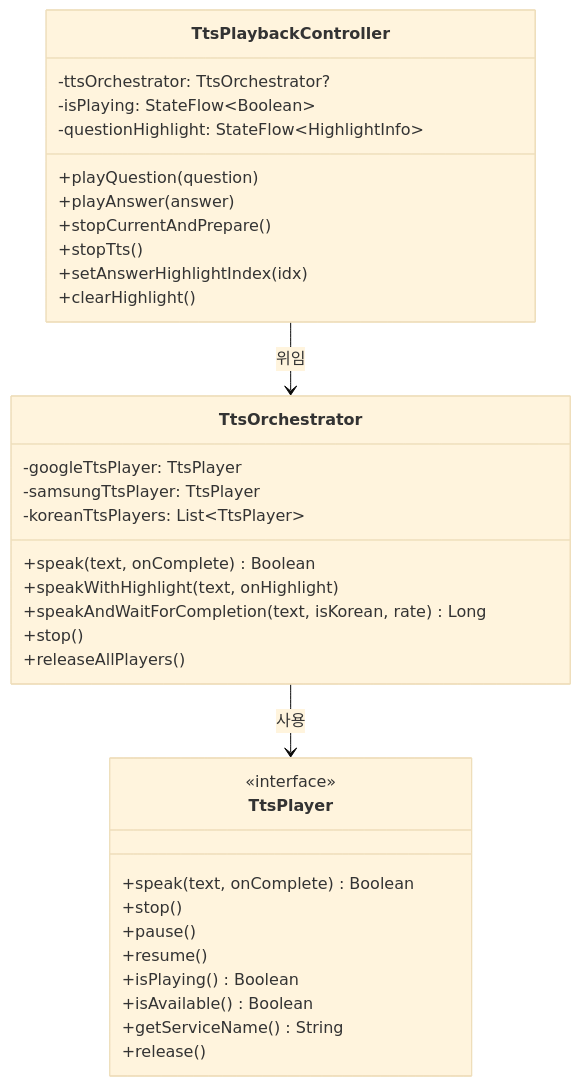
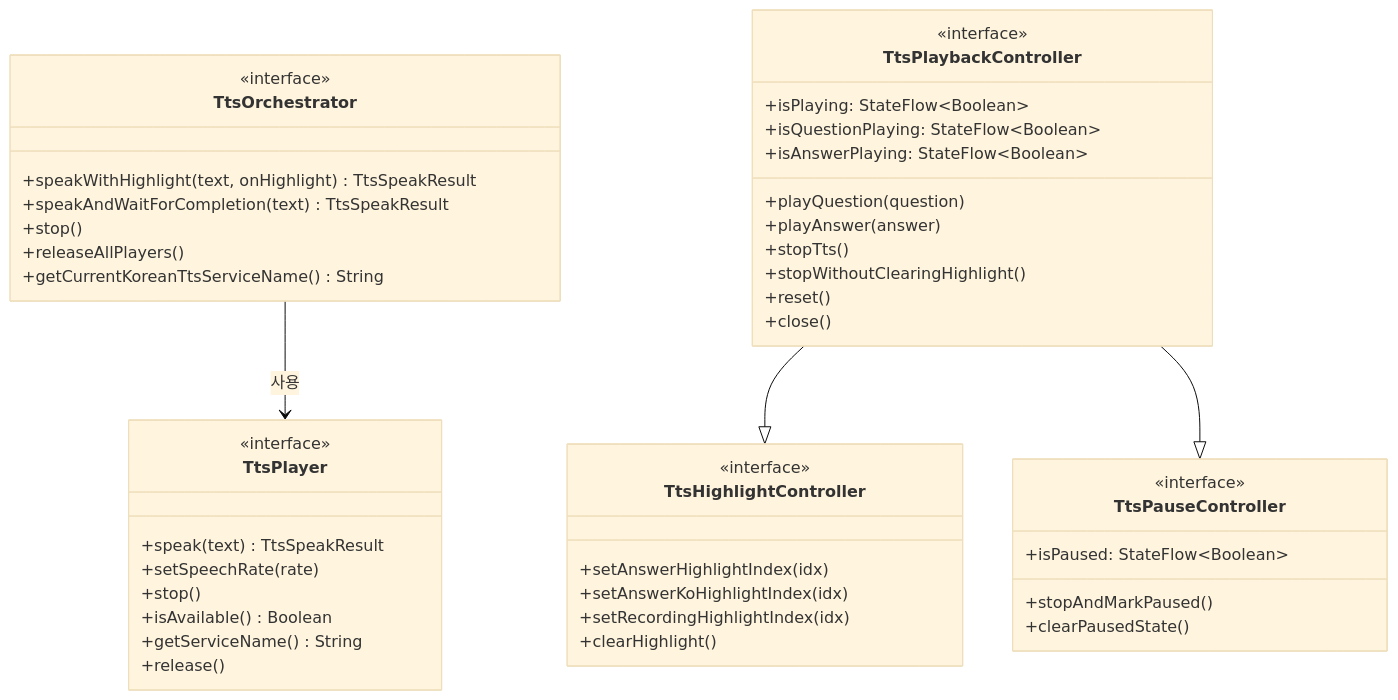
The first of 4 diagrams in .claude/architecture/ARCHITECTURE_DOMAIN.md (AlgoLovers/OPIcHelper), drawn with Mermaid (base theme) before and after one commit. The commit also changed other lines of this file and 9 other files, not shown here.

````diff
--- a/.claude/architecture/ARCHITECTURE_DOMAIN.md
+++ b/.claude/architecture/ARCHITECTURE_DOMAIN.md
@@ -51,40 +83,53 @@
 ```mermaid
 classDiagram
     class TtsPlayer {
         <<interface>>
-        +speak(text, onComplete) Boolean
+        +speak(text) TtsSpeakResult
+        +setSpeechRate(rate)
         +stop()
-        +pause()
-        +resume()
-        +isPlaying() Boolean
         +isAvailable() Boolean
         +getServiceName() String
         +release()
     }
 
     class TtsOrchestrator {
-        -googleTtsPlayer: TtsPlayer
-        -samsungTtsPlayer: TtsPlayer
-        -koreanTtsPlayers: List~TtsPlayer~
-        +speak(text, onComplete) Boolean
-        +speakWithHighlight(text, onHighlight)
-        +speakAndWaitForCompletion(text, isKorean, rate) Long
+        <<interface>>
+        +speakWithHighlight(text, onHighlight) TtsSpeakResult
+        +speakAndWaitForCompletion(text) TtsSpeakResult
         +stop()
         +releaseAllPlayers()
+        +getCurrentKoreanTtsServiceName() String
+    }
+
+    class TtsHighlightController {
+        <<interface>>
+        +setAnswerHighlightIndex(idx)
+        +setAnswerKoHighlightIndex(idx)
+        +setRecordingHighlightIndex(idx)
+        +clearHighlight()
+    }
+
+    class TtsPauseController {
+        <<interface>>
+        +isPaused: StateFlow~Boolean~
+        +stopAndMarkPaused()
+        +clearPausedState()
     }
 
     class TtsPlaybackController {
-        -ttsOrchestrator: TtsOrchestrator?
-        -isPlaying: StateFlow~Boolean~
-        -questionHighlight: StateFlow~HighlightInfo~
+        <<interface>>
+        +isPlaying: StateFlow~Boolean~
+        +isQuestionPlaying: StateFlow~Boolean~
+        +isAnswerPlaying: StateFlow~Boolean~
         +playQuestion(question)
         +playAnswer(answer)
-        +stopCurrentAndPrepare()
         +stopTts()
-        +setAnswerHighlightIndex(idx)
-        +clearHighlight()
+        +stopWithoutClearingHighlight()
+        +reset()
+        +close()
     }
 
+    TtsPlaybackController --|> TtsHighlightController
+    TtsPlaybackController --|> TtsPauseController
     TtsOrchestrator --> TtsPlayer : 사용
-    TtsPlaybackController --> TtsOrchestrator : 위임
 ```
````
